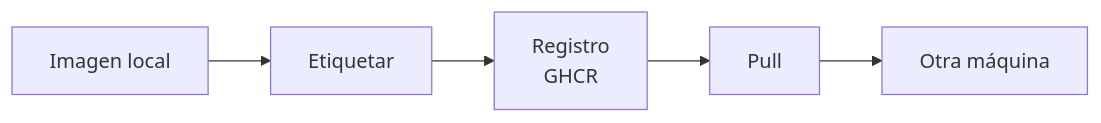
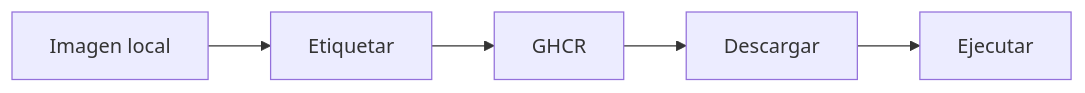
Before and after one commit to alejandroroig/despliegue-daw: the second of 2 diagrams in docs/tema2/fundamentos-contenedores.md, drawn with Mermaid. The commit also changed other lines of this file and 12 other files, not shown here.

````diff
--- a/docs/tema2/fundamentos-contenedores.md
+++ b/docs/tema2/fundamentos-contenedores.md
@@ -451,7 +490,7 @@
 ```mermaid
 flowchart LR
-    I["Imagen local"] --> T["Etiquetar"]
-    T --> R["Registro<br/>GHCR"]
-    R --> P["Pull"]
-    P --> S["Otra máquina"]
+    L["Imagen local"] --> T["Etiquetar"]
+    T --> R["GHCR"]
+    R --> D["Descargar"]
+    D --> E["Ejecutar"]
 ```
````
